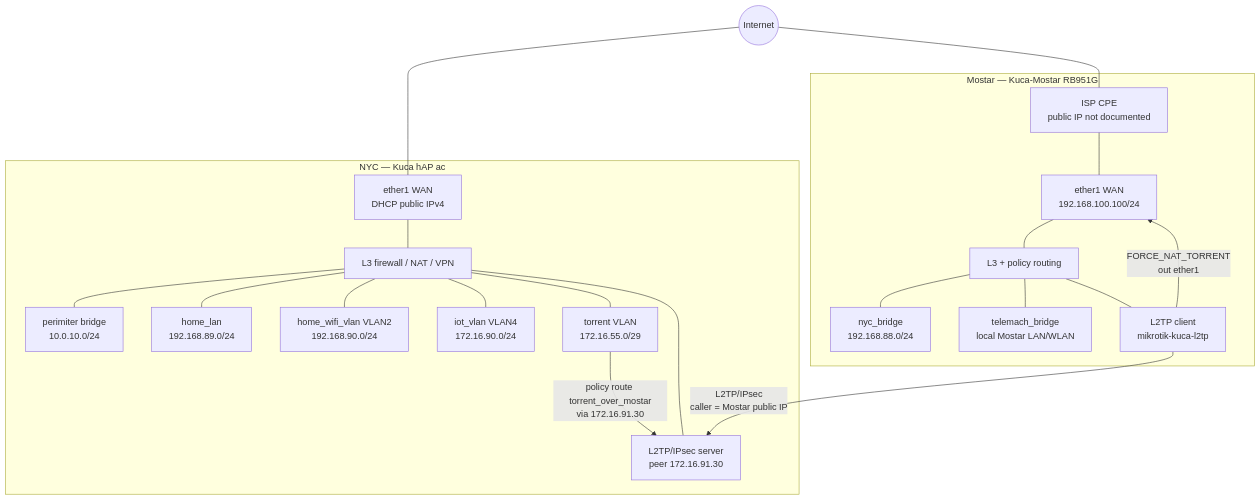
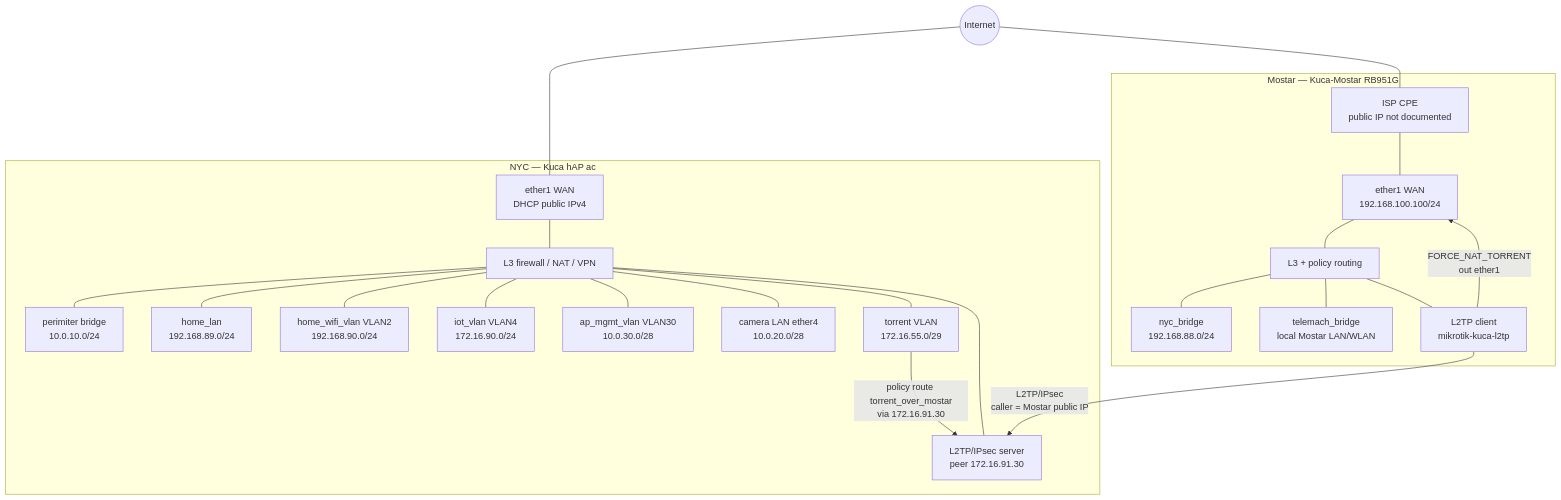
One commit to zlatko-lakisic/My-Futuristic-Home changed the first of 4 diagrams in infrastructure/networking.md. Above: the diagram before and after it, drawn with Mermaid. The commit also changed other lines of this file and 2 other files, not shown here.

First line of the commit message:
Update the network topology page for the AP and camera networks.

````diff
--- a/infrastructure/networking.md
+++ b/infrastructure/networking.md
@@ -9,34 +9,36 @@
 ```mermaid
 flowchart TB
   Internet((Internet))
 
   subgraph NYC["NYC — Kuca hAP ac"]
     NYC_WAN["ether1 WAN<br/>DHCP public IPv4"]
     NYC_R["L3 firewall / NAT / VPN"]
     PER["perimiter bridge<br/>10.0.10.0/24"]
     HOME["home_lan<br/>192.168.89.0/24"]
     WIFI["home_wifi_vlan VLAN2<br/>192.168.90.0/24"]
     IOT["iot_vlan VLAN4<br/>172.16.90.0/24"]
+    APM["ap_mgmt_vlan VLAN30<br/>10.0.30.0/28"]
+    CAMLAN["camera LAN ether4<br/>10.0.20.0/28"]
     TOR["torrent VLAN<br/>172.16.55.0/29"]
     L2TP_SRV["L2TP/IPsec server<br/>peer 172.16.91.30"]
     NYC_WAN --- NYC_R
-    NYC_R --- PER & HOME & WIFI & IOT & TOR & L2TP_SRV
+    NYC_R --- PER & HOME & WIFI & IOT & APM & CAMLAN & TOR & L2TP_SRV
   end
 
   subgraph MOST["Mostar — Kuca-Mostar RB951G"]
     CPE["ISP CPE<br/>public IP not documented"]
     MOST_WAN["ether1 WAN<br/>192.168.100.100/24"]
     MOST_R["L3 + policy routing"]
     NYC_BR["nyc_bridge<br/>192.168.88.0/24"]
     TEL_BR["telemach_bridge<br/>local Mostar LAN/WLAN"]
     L2TP_CLI["L2TP client<br/>mikrotik-kuca-l2tp"]
     CPE --- MOST_WAN --- MOST_R
     MOST_R --- NYC_BR & TEL_BR & L2TP_CLI
   end
 
   Internet --- NYC_WAN
   Internet --- CPE
   L2TP_CLI -->|"L2TP/IPsec<br/>caller = Mostar public IP"| L2TP_SRV
   TOR -->|"policy route torrent_over_mostar<br/>via 172.16.91.30"| L2TP_SRV
   L2TP_CLI -->|"FORCE_NAT_TORRENT<br/>out ether1"| MOST_WAN
 ```
````
